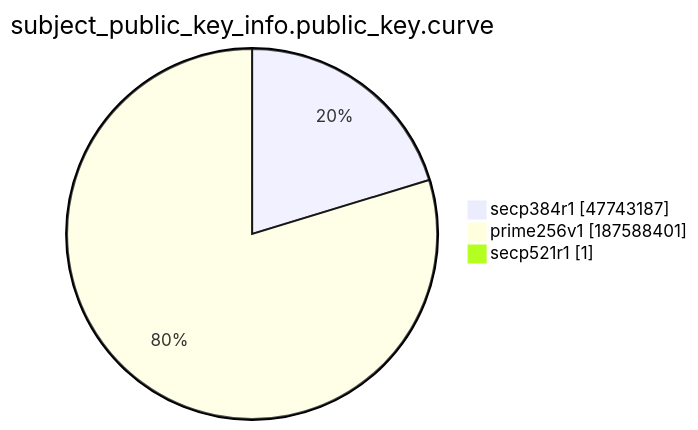
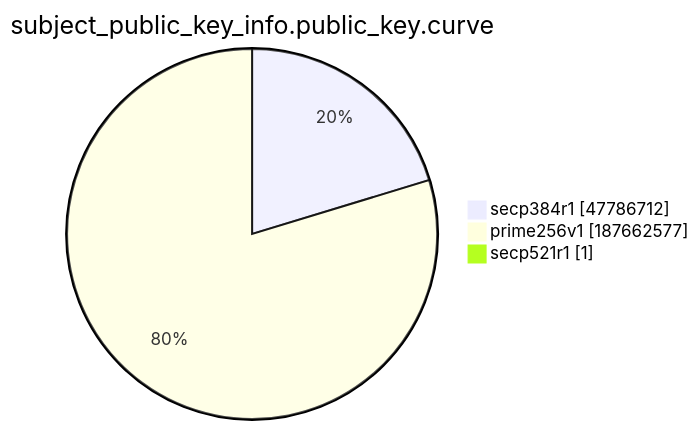
One commit to christiankrug/ctmonitor_visualization changed the ninth of 15 diagrams in xenon2022/README.md. Above: the diagram before and after it, drawn with Mermaid. The commit also changed other lines of this file, not shown here.

````diff
--- a/xenon2022/README.md
+++ b/xenon2022/README.md
@@ -2874,7 +2874,7 @@
 ```mermaid
 pie showData
 title subject_public_key_info.public_key.curve
-"secp384r1" :47743187
-"prime256v1" :187588401
+"secp384r1" :47786712
+"prime256v1" :187662577
 "secp521r1" :1
 ```
````
